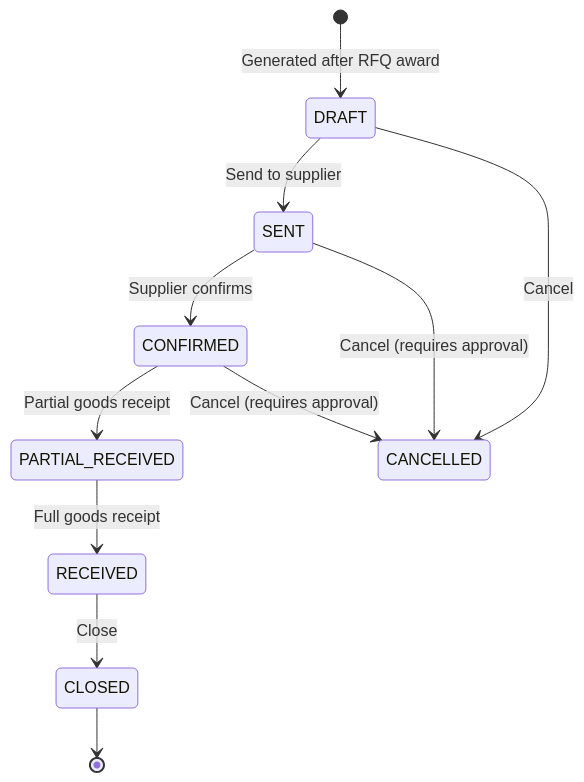
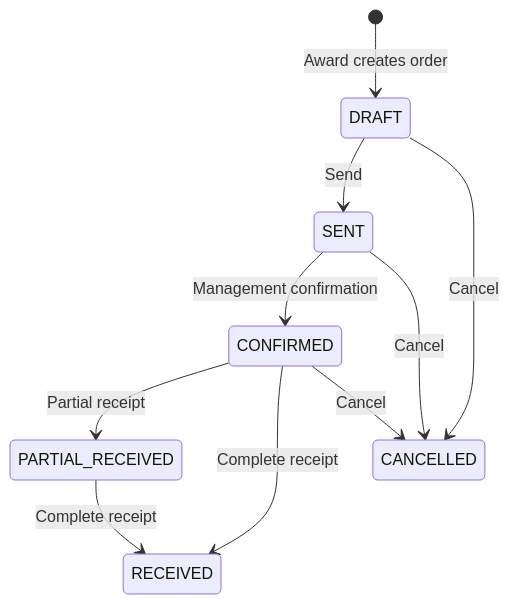
Before and after one commit to wang-baohai/Omni-Stack: the sixth of 7 diagrams in docs/design/procurement-design.en.md, drawn with Mermaid. The commit also changed other lines of this file and 1095 other files, not shown here.

````diff
--- a/docs/design/procurement-design.en.md
+++ b/docs/design/procurement-design.en.md
@@ -318,13 +319,12 @@
 ```mermaid
 stateDiagram-v2
-    [*] --> DRAFT: Generated after RFQ award
-    DRAFT --> SENT: Send to supplier
-    SENT --> CONFIRMED: Supplier confirms
-    CONFIRMED --> PARTIAL_RECEIVED: Partial goods receipt
-    PARTIAL_RECEIVED --> RECEIVED: Full goods receipt
-    RECEIVED --> CLOSED: Close
+    [*] --> DRAFT: Award creates order
+    DRAFT --> SENT: Send
+    SENT --> CONFIRMED: Management confirmation
+    CONFIRMED --> PARTIAL_RECEIVED: Partial receipt
+    CONFIRMED --> RECEIVED: Complete receipt
+    PARTIAL_RECEIVED --> RECEIVED: Complete receipt
     DRAFT --> CANCELLED: Cancel
-    SENT --> CANCELLED: Cancel (requires approval)
-    CONFIRMED --> CANCELLED: Cancel (requires approval)
-    CLOSED --> [*]
+    SENT --> CANCELLED: Cancel
+    CONFIRMED --> CANCELLED: Cancel
 ```
````
